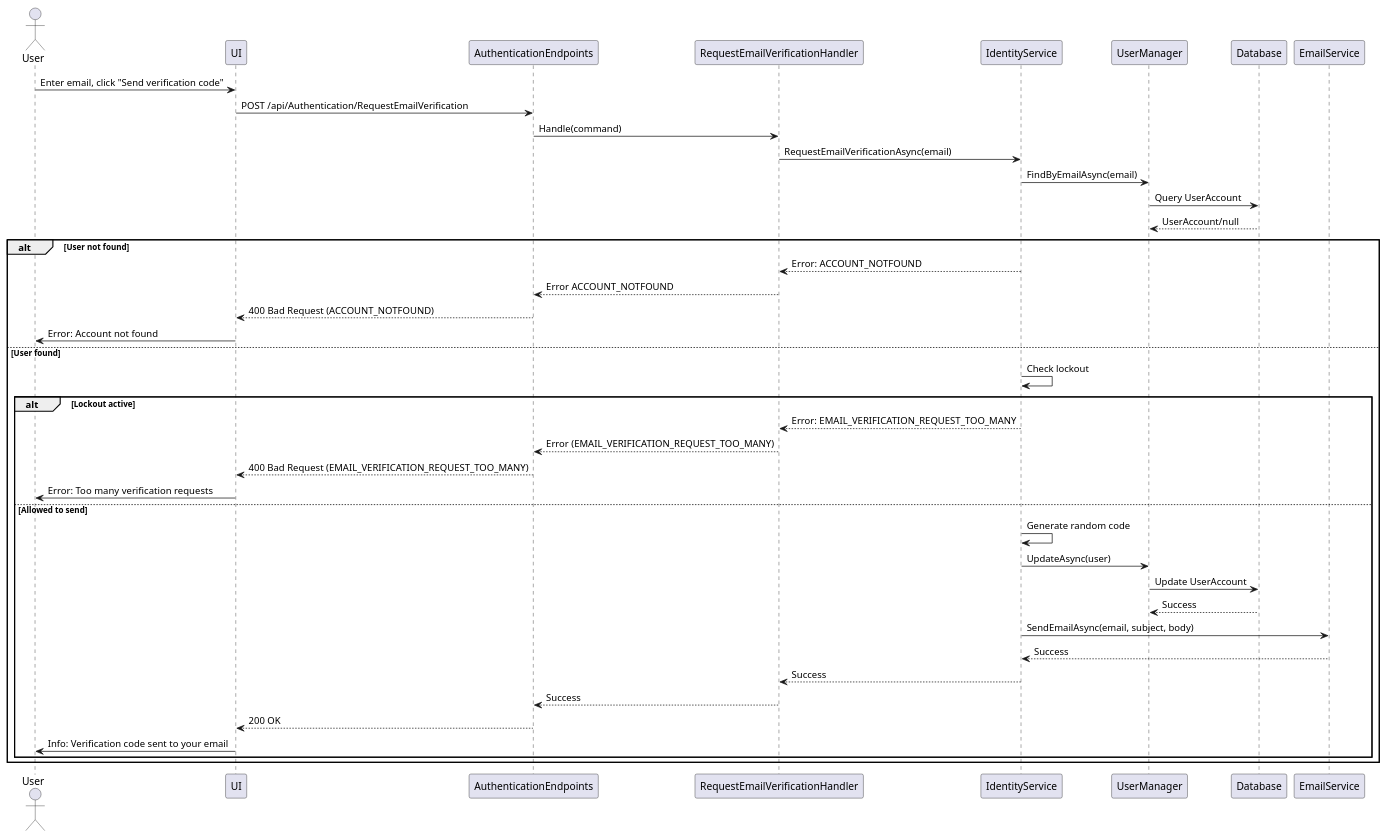
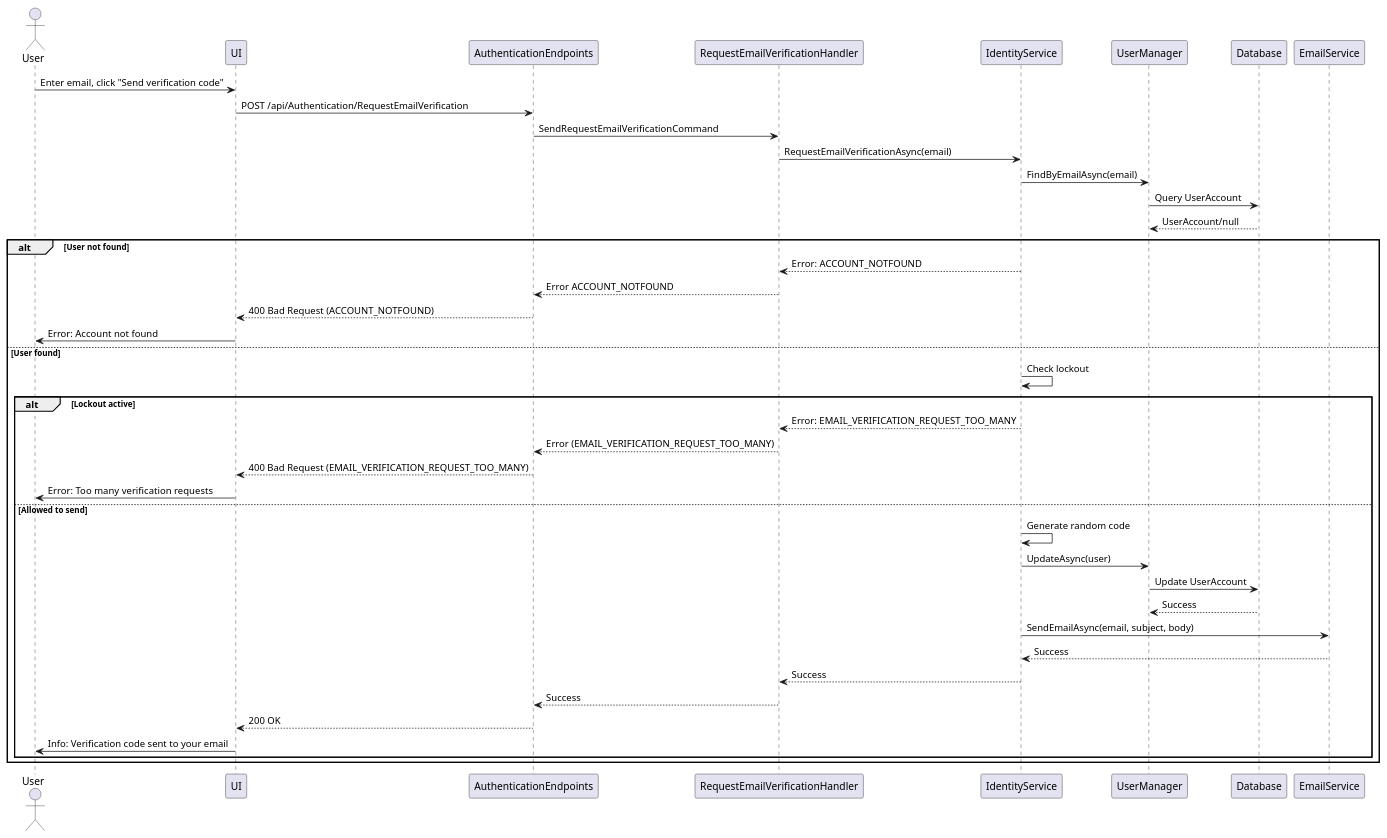
Before and after one commit to thanhkhac/SEP_Diagram: the diagram in authentication/Sequence/06_RequestEmailVerification.puml, drawn with PlantUML. The commit also changed 11 other files, not shown here.

First line of the commit message:
Update authentication sequence diagrams and add SetPassword flow

```diff
--- a/authentication/Sequence/06_RequestEmailVerification.puml
+++ b/authentication/Sequence/06_RequestEmailVerification.puml
@@ -1,43 +1,43 @@
 @startuml
 actor User
 participant UI
 participant AuthenticationEndpoints 
 participant RequestEmailVerificationHandler
 participant IdentityService
 participant UserManager
 participant Database
 participant EmailService
 
 User -> UI : Enter email, click "Send verification code"
 UI -> AuthenticationEndpoints : POST /api/Authentication/RequestEmailVerification
-AuthenticationEndpoints -> RequestEmailVerificationHandler : Handle(command)
+AuthenticationEndpoints -> RequestEmailVerificationHandler : SendRequestEmailVerificationCommand
 RequestEmailVerificationHandler -> IdentityService : RequestEmailVerificationAsync(email)
 IdentityService -> UserManager : FindByEmailAsync(email)
 UserManager -> Database : Query UserAccount
 Database --> UserManager : UserAccount/null
 alt User not found
     IdentityService --> RequestEmailVerificationHandler : Error: ACCOUNT_NOTFOUND
     RequestEmailVerificationHandler --> AuthenticationEndpoints : Error ACCOUNT_NOTFOUND
     AuthenticationEndpoints --> UI : 400 Bad Request (ACCOUNT_NOTFOUND)
     UI -> User : Error: Account not found
 else User found
     IdentityService -> IdentityService : Check lockout
     alt Lockout active
         IdentityService --> RequestEmailVerificationHandler : Error: EMAIL_VERIFICATION_REQUEST_TOO_MANY
         RequestEmailVerificationHandler --> AuthenticationEndpoints : Error (EMAIL_VERIFICATION_REQUEST_TOO_MANY)
         AuthenticationEndpoints --> UI : 400 Bad Request (EMAIL_VERIFICATION_REQUEST_TOO_MANY)
         UI -> User : Error: Too many verification requests
     else Allowed to send
         IdentityService -> IdentityService : Generate random code
         IdentityService -> UserManager : UpdateAsync(user)
         UserManager -> Database : Update UserAccount
         Database --> UserManager : Success
         IdentityService -> EmailService : SendEmailAsync(email, subject, body)
         EmailService --> IdentityService : Success
         IdentityService --> RequestEmailVerificationHandler : Success
         RequestEmailVerificationHandler --> AuthenticationEndpoints : Success
         AuthenticationEndpoints --> UI : 200 OK
         UI -> User : Info: Verification code sent to your email
     end
 end
 @enduml
```
